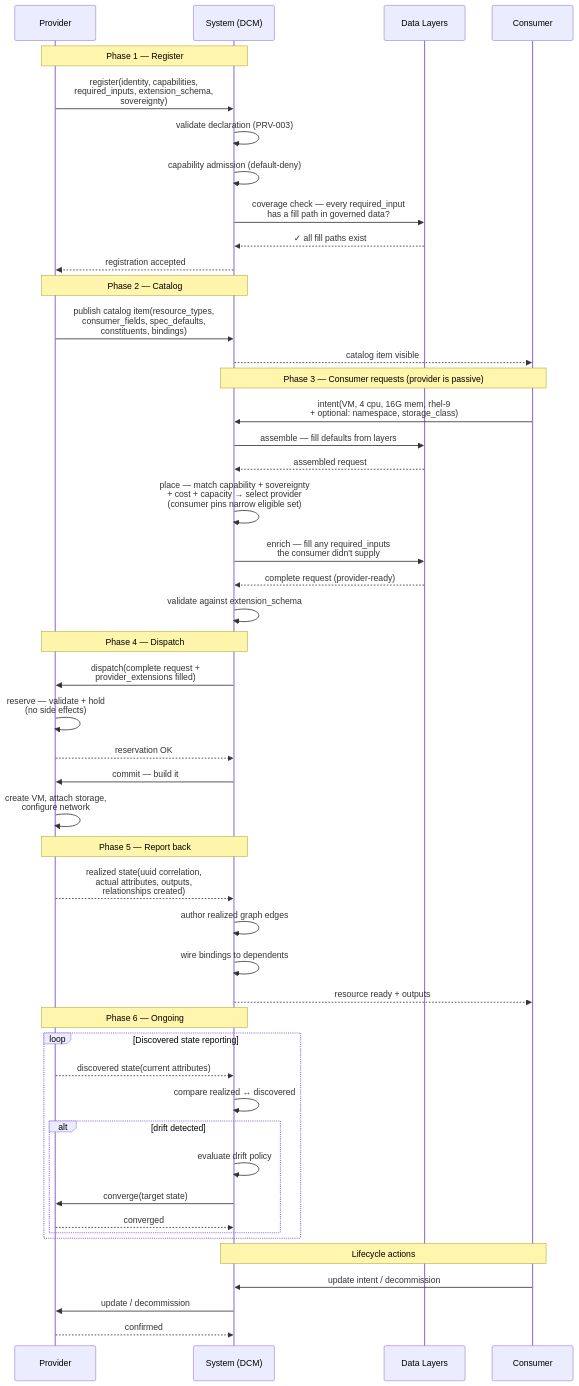
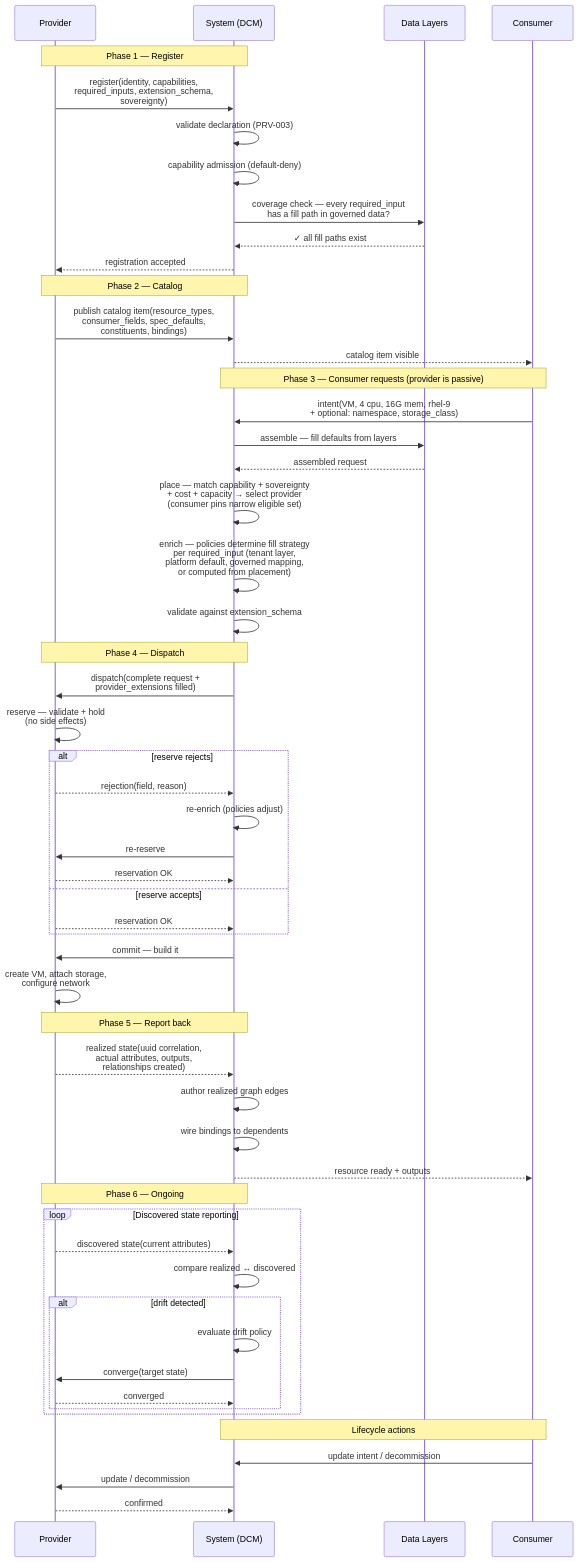
The second of 2 diagrams in docs/flows/provider-lifecycle.md (dcm-project/udlm), drawn with Mermaid before and after one commit. The commit also changed other lines of this file, not shown here.

First line of the commit message:
fix(flows): provider declares what, policies decide where + reserve loop

````diff
--- a/docs/flows/provider-lifecycle.md
+++ b/docs/flows/provider-lifecycle.md
@@ -32,57 +32,63 @@
 ```mermaid
 sequenceDiagram
     participant P as Provider
     participant S as System (DCM)
     participant L as Data Layers
     participant C as Consumer
 
     Note over P,S: Phase 1 — Register
     P->>S: register(identity, capabilities,<br/>required_inputs, extension_schema,<br/>sovereignty)
     S->>S: validate declaration (PRV-003)
     S->>S: capability admission (default-deny)
     S->>L: coverage check — every required_input<br/>has a fill path in governed data?
     L-->>S: ✓ all fill paths exist
     S-->>P: registration accepted
 
     Note over P,S: Phase 2 — Catalog
     P->>S: publish catalog item(resource_types,<br/>consumer_fields, spec_defaults,<br/>constituents, bindings)
     S-->>C: catalog item visible
 
     Note over C,S: Phase 3 — Consumer requests (provider is passive)
     C->>S: intent(VM, 4 cpu, 16G mem, rhel-9<br/>+ optional: namespace, storage_class)
     S->>L: assemble — fill defaults from layers
     L-->>S: assembled request
     S->>S: place — match capability + sovereignty<br/>+ cost + capacity → select provider<br/>(consumer pins narrow eligible set)
-    S->>L: enrich — fill any required_inputs<br/>the consumer didn't supply
-    L-->>S: complete request (provider-ready)
+    S->>S: enrich — policies determine fill strategy<br/>per required_input (tenant layer,<br/>platform default, governed mapping,<br/>or computed from placement)
     S->>S: validate against extension_schema
 
     Note over P,S: Phase 4 — Dispatch
     S->>P: dispatch(complete request +<br/>provider_extensions filled)
     P->>P: reserve — validate + hold<br/>(no side effects)
-    P-->>S: reservation OK
+    alt reserve rejects
+        P-->>S: rejection(field, reason)
+        S->>S: re-enrich (policies adjust)
+        S->>P: re-reserve
+        P-->>S: reservation OK
+    else reserve accepts
+        P-->>S: reservation OK
+    end
     S->>P: commit — build it
     P->>P: create VM, attach storage,<br/>configure network
 
     Note over P,S: Phase 5 — Report back
     P-->>S: realized state(uuid correlation,<br/>actual attributes, outputs,<br/>relationships created)
     S->>S: author realized graph edges
     S->>S: wire bindings to dependents
     S-->>C: resource ready + outputs
 
     Note over P,S: Phase 6 — Ongoing
     loop Discovered state reporting
         P-->>S: discovered state(current attributes)
         S->>S: compare realized ↔ discovered
         alt drift detected
             S->>S: evaluate drift policy
             S->>P: converge(target state)
             P-->>S: converged
         end
     end
 
     Note over C,S: Lifecycle actions
     C->>S: update intent / decommission
     S->>P: update / decommission
     P-->>S: confirmed
 ```
````
